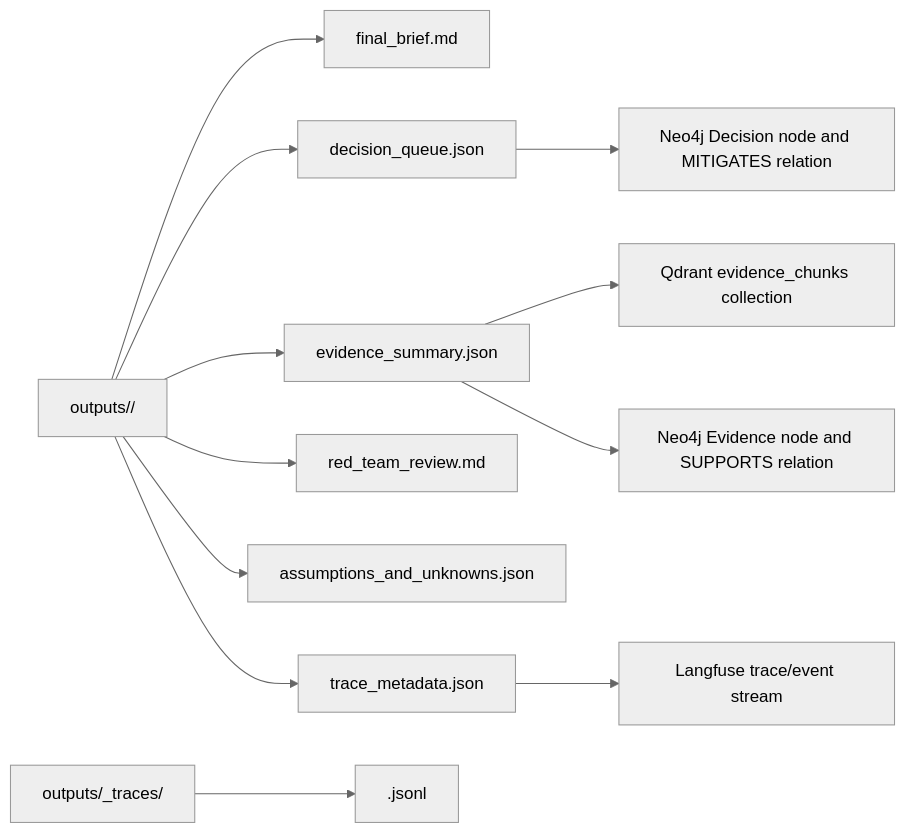
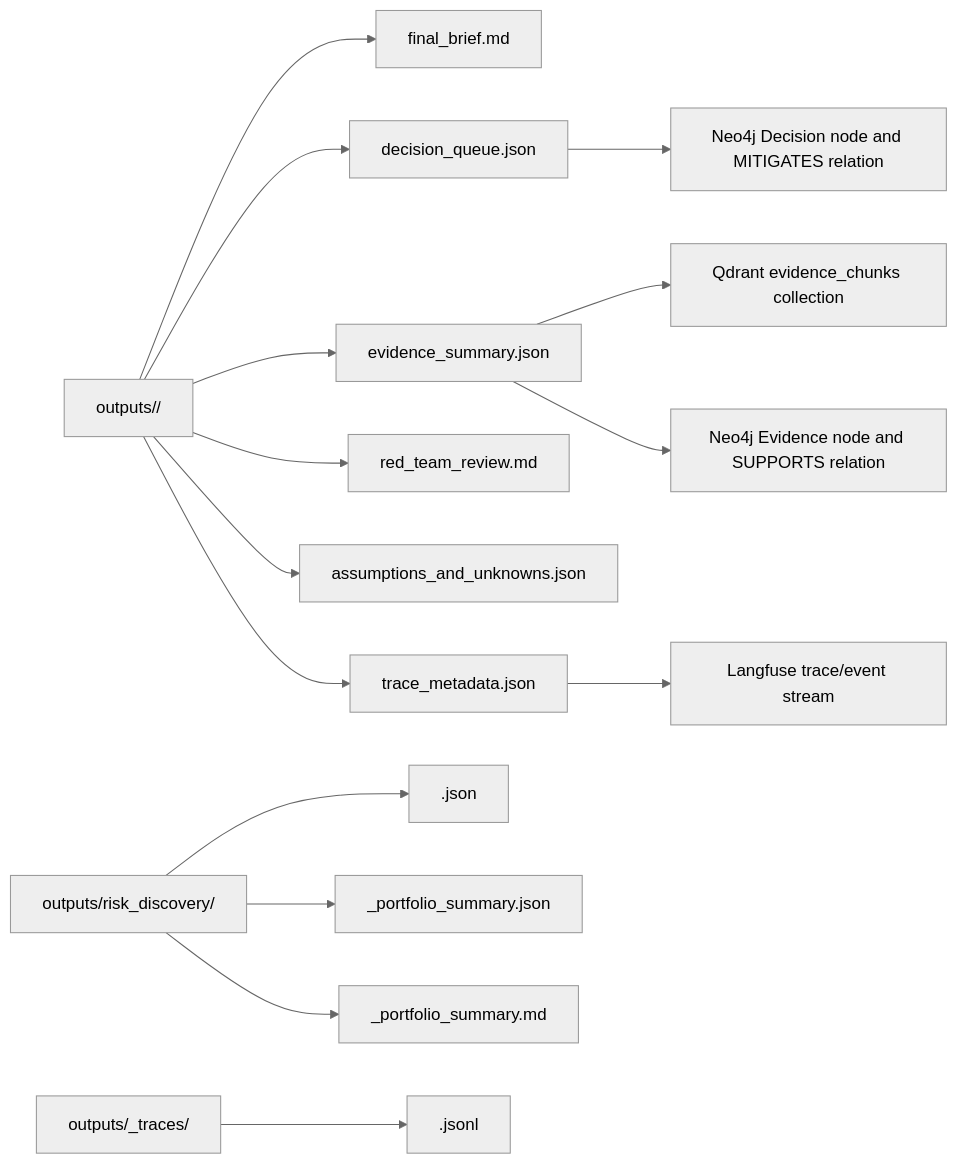
The fourth of 4 diagrams in docs/architecture_diagrams.md (yujihama/RiskAdvisory_Intelligence_Platform), drawn with Mermaid (neutral theme) before and after one commit. The commit also changed other lines of this file and 7 other files, not shown here.

````diff
--- a/docs/architecture_diagrams.md
+++ b/docs/architecture_diagrams.md
@@ -241,15 +246,18 @@
 ```mermaid
 flowchart LR
     scenario["outputs/<scenario_id>/"] --> brief["final_brief.md"]
     scenario --> queue["decision_queue.json"]
     scenario --> evidence["evidence_summary.json"]
     scenario --> red["red_team_review.md"]
     scenario --> unknowns["assumptions_and_unknowns.json"]
     scenario --> trace_meta["trace_metadata.json"]
+    portfolio_dir["outputs/risk_discovery/"] --> discovery_json["<scenario_id>.json"]
+    portfolio_dir --> portfolio_json["<top_scenario_id>_portfolio_summary.json"]
+    portfolio_dir --> portfolio_md["<top_scenario_id>_portfolio_summary.md"]
     traces["outputs/_traces/"] --> trace_jsonl["<trace_id>.jsonl"]
 
     queue --> neo4j["Neo4j Decision node and MITIGATES relation"]
     evidence --> qdrant["Qdrant evidence_chunks collection"]
     evidence --> neo4j_evidence["Neo4j Evidence node and SUPPORTS relation"]
     trace_meta --> langfuse["Langfuse trace/event stream"]
 ```
````
